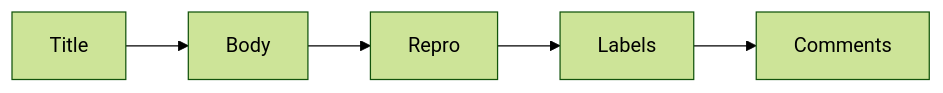
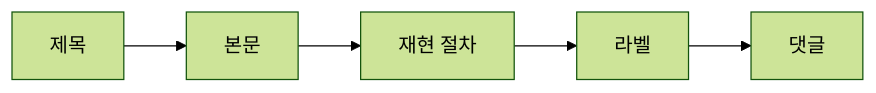
Before and after one commit to yeongseon-books/book-content: the diagram in content/open-source-101/ko/03-reading-issues.md, drawn with Mermaid (forest theme). The commit also changed other lines of this file and 9 other files, not shown here.

````diff
--- a/content/open-source-101/ko/03-reading-issues.md
+++ b/content/open-source-101/ko/03-reading-issues.md
@@ -33,7 +47,7 @@
 ```mermaid
 flowchart LR
-    T[Title] --> B[Body]
-    B --> R[Repro]
-    R --> L[Labels]
-    L --> C[Comments]
+    T[제목] --> B[본문]
+    B --> R[재현 절차]
+    R --> L[라벨]
+    L --> C[댓글]
 ```
````
